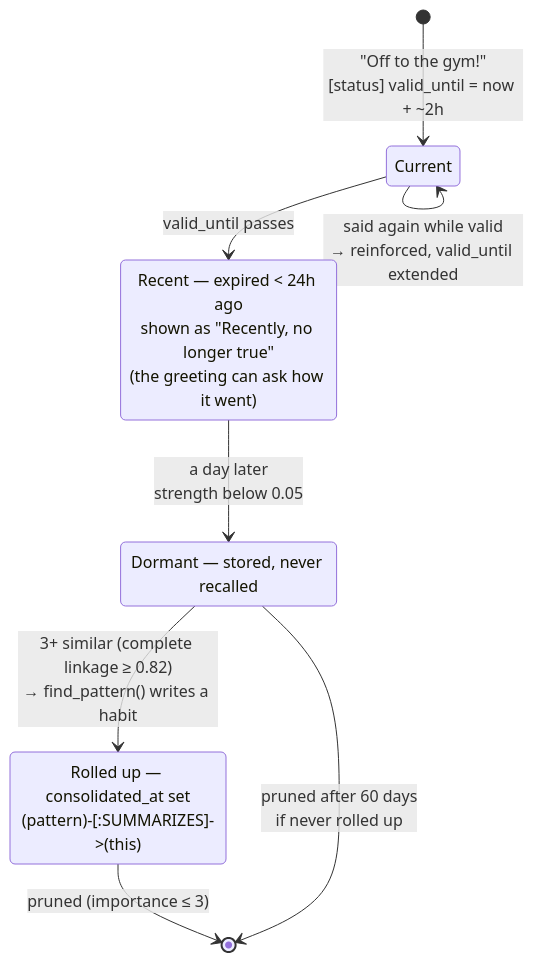
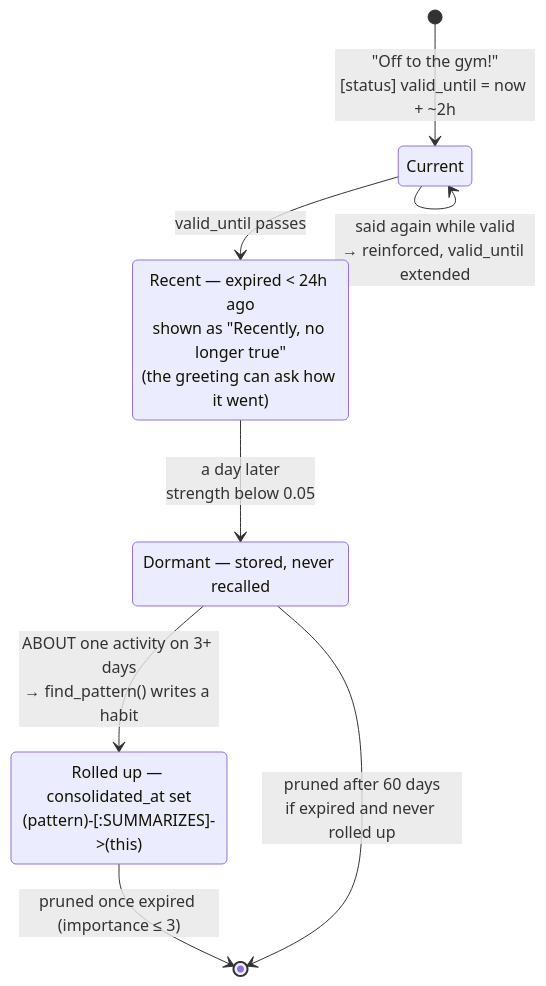
Before and after one commit to theRealMarkCastillo/neo4j-graph-tutorial: diagram 17 of 25 in docs/architecture.md, drawn with Mermaid. The commit also changed other lines of this file and 9 other files, not shown here.

````diff
--- a/docs/architecture.md
+++ b/docs/architecture.md
@@ -645,13 +645,13 @@
 ```mermaid
 stateDiagram-v2
     [*] --> Current: "Off to the gym!"<br/>[status] valid_until = now + ~2h
     Current --> Recent: valid_until passes
     Recent: Recent — expired < 24h ago<br/>shown as "Recently, no longer true"<br/>(the greeting can ask how it went)
     Recent --> Dormant: a day later<br/>strength below 0.05
     Dormant: Dormant — stored, never recalled
     Current --> Current: said again while valid<br/>→ reinforced, valid_until extended
-    Dormant --> RolledUp: 3+ similar (complete linkage ≥ 0.82)<br/>→ find_pattern() writes a habit
+    Dormant --> RolledUp: ABOUT one activity on 3+ days<br/>→ find_pattern() writes a habit
     RolledUp: Rolled up — consolidated_at set<br/>(pattern)-[:SUMMARIZES]->(this)
-    RolledUp --> [*]: pruned (importance ≤ 3)
-    Dormant --> [*]: pruned after 60 days<br/>if never rolled up
+    RolledUp --> [*]: pruned once expired (importance ≤ 3)
+    Dormant --> [*]: pruned after 60 days<br/>if expired and never rolled up
 ```
````
